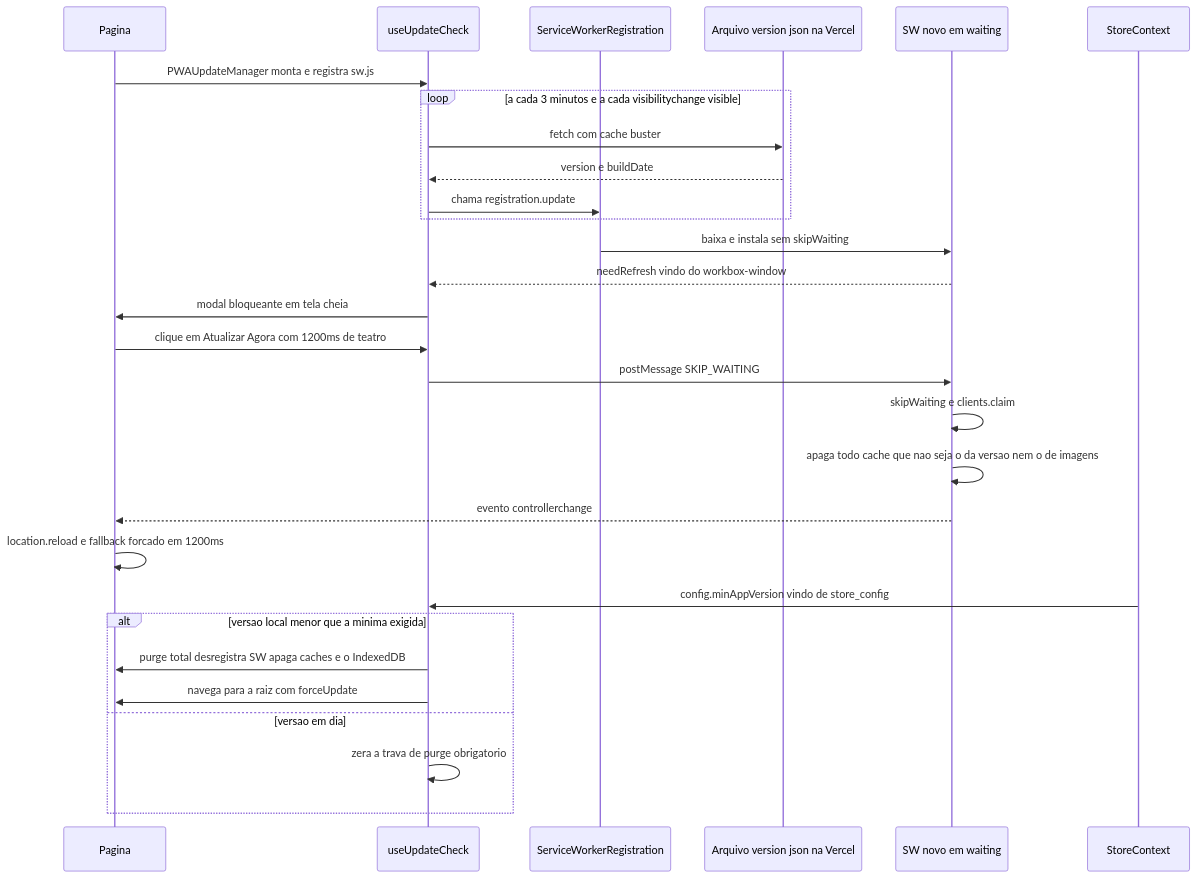
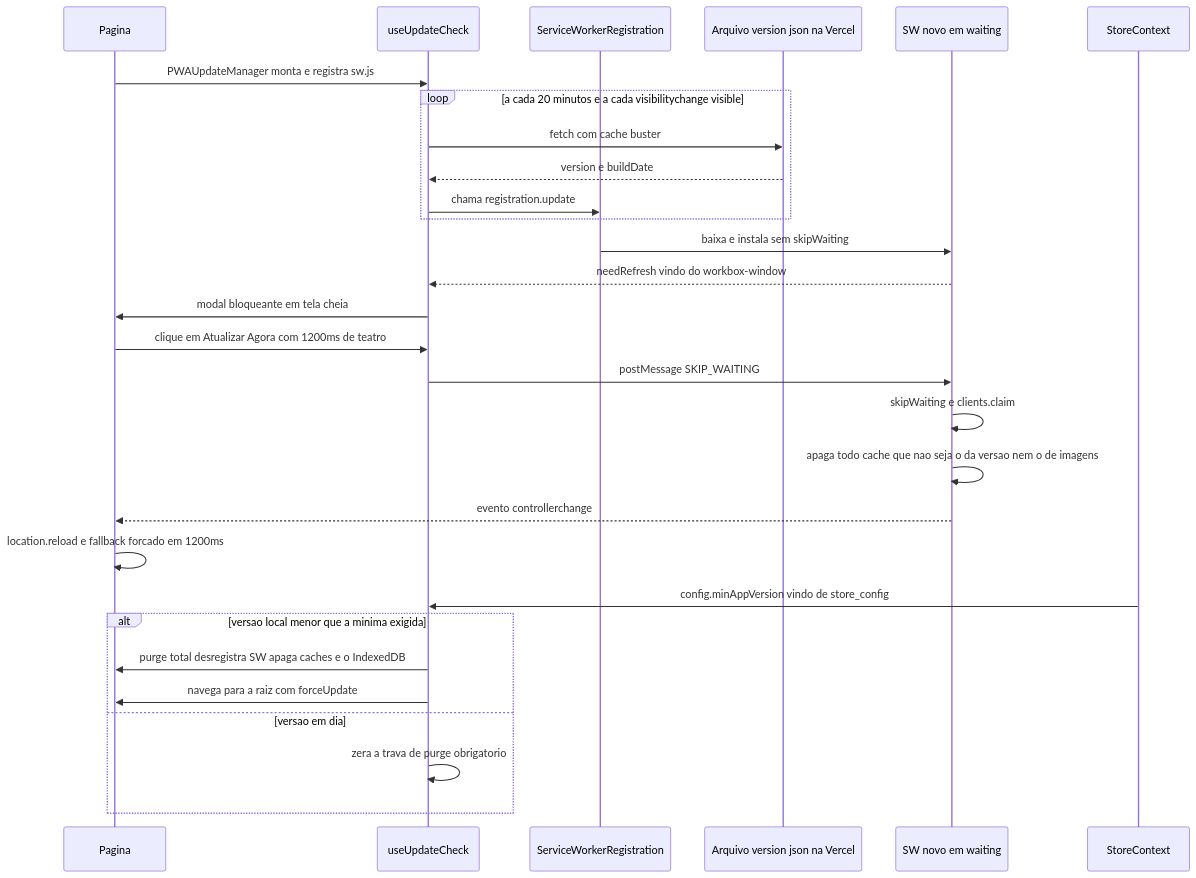
Before and after one commit to BielWeed/ikcous-marketplace: the fifth of 5 diagrams in docs/onboarding/05-FLUXOS-CRITICOS.md, drawn with Mermaid. The commit also changed other lines of this file and 7 other files, not shown here.

First line of the commit message:
fix(pwa): o app confere versao nova a cada 20 minutos (#1892)

````diff
--- a/docs/onboarding/05-FLUXOS-CRITICOS.md
+++ b/docs/onboarding/05-FLUXOS-CRITICOS.md
@@ -385,32 +385,32 @@
 ```mermaid
 sequenceDiagram
     participant pag as Pagina
     participant uc as useUpdateCheck
     participant reg as ServiceWorkerRegistration
     participant vj as Arquivo version json na Vercel
     participant swn as SW novo em waiting
     participant sc as StoreContext
 
     pag->>uc: PWAUpdateManager monta e registra sw.js
-    loop a cada 3 minutos e a cada visibilitychange visible
+    loop a cada 20 minutos e a cada visibilitychange visible
         uc->>vj: fetch com cache buster
         vj-->>uc: version e buildDate
         uc->>reg: chama registration.update
     end
     reg->>swn: baixa e instala sem skipWaiting
     swn-->>uc: needRefresh vindo do workbox-window
     uc->>pag: modal bloqueante em tela cheia
     pag->>uc: clique em Atualizar Agora com 1200ms de teatro
     uc->>swn: postMessage SKIP_WAITING
     swn->>swn: skipWaiting e clients.claim
     swn->>swn: apaga todo cache que nao seja o da versao nem o de imagens
     swn-->>pag: evento controllerchange
     pag->>pag: location.reload e fallback forcado em 1200ms
     sc->>uc: config.minAppVersion vindo de store_config
     alt versao local menor que a minima exigida
         uc->>pag: purge total desregistra SW apaga caches e o IndexedDB
         uc->>pag: navega para a raiz com forceUpdate
     else versao em dia
         uc->>uc: zera a trava de purge obrigatorio
     end
 ```
````
